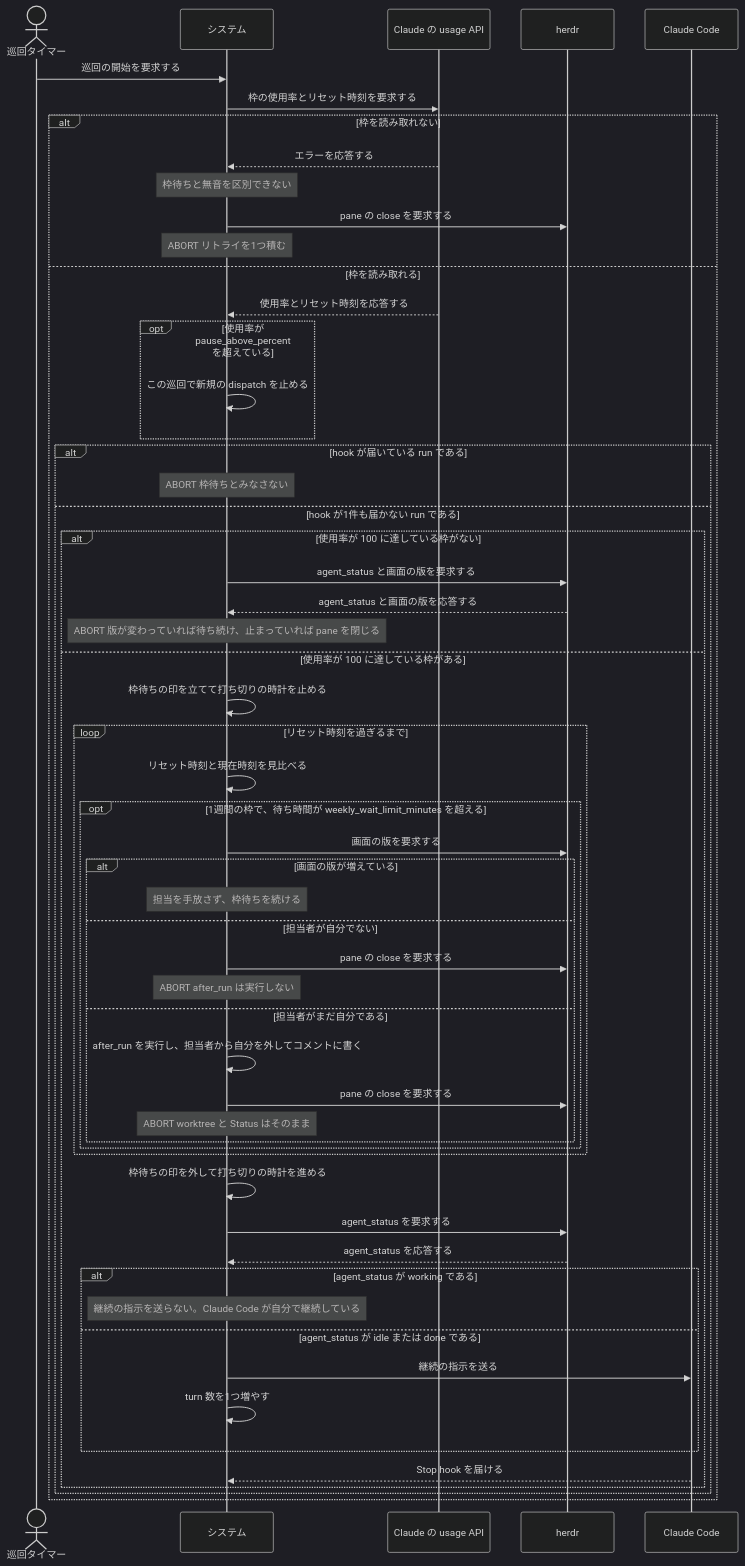
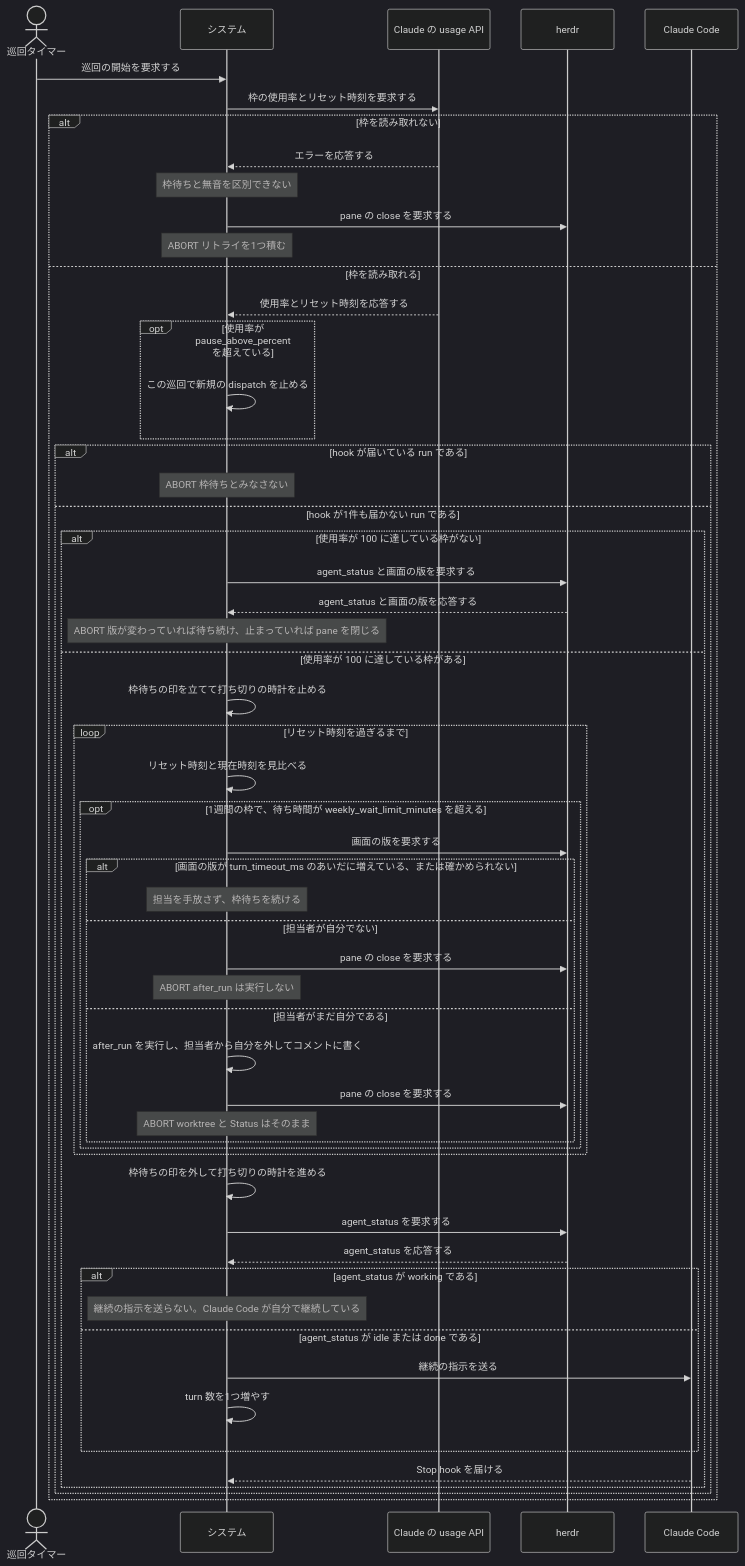
One commit to maimuzo/continuo changed the second of 2 diagrams in docs/spec/usecases/particular_case/レートリミットで待って再開する.rucm.md. Above: the diagram before and after it, drawn with Mermaid (dark theme). The commit also changed other lines of this file and 21 other files, not shown here.

````diff
--- a/docs/spec/usecases/particular_case/レートリミットで待って再開する.rucm.md
+++ b/docs/spec/usecases/particular_case/レートリミットで待って再開する.rucm.md
@@ -222,59 +236,59 @@
 ```mermaid
 sequenceDiagram
     actor T as 巡回タイマー
     participant S as システム
     participant API as Claude の usage API
     participant H as herdr
     participant CC as Claude Code
 
     T->>S: 巡回の開始を要求する
     S->>API: 枠の使用率とリセット時刻を要求する
     alt 枠を読み取れない
         API-->>S: エラーを応答する
         Note over S: 枠待ちと無音を区別できない
         S->>H: pane の close を要求する
         Note over S: ABORT リトライを1つ積む
     else 枠を読み取れる
         API-->>S: 使用率とリセット時刻を応答する
         opt 使用率が pause_above_percent を超えている
             S->>S: この巡回で新規の dispatch を止める
         end
         alt hook が届いている run である
             Note over S: ABORT 枠待ちとみなさない
         else hook が1件も届かない run である
             alt 使用率が 100 に達している枠がない
                 S->>H: agent_status と画面の版を要求する
                 H-->>S: agent_status と画面の版を応答する
                 Note over S: ABORT 版が変わっていれば待ち続け、止まっていれば pane を閉じる
             else 使用率が 100 に達している枠がある
                 S->>S: 枠待ちの印を立てて打ち切りの時計を止める
                 loop リセット時刻を過ぎるまで
                     S->>S: リセット時刻と現在時刻を見比べる
                     opt 1週間の枠で、待ち時間が weekly_wait_limit_minutes を超える
                         S->>H: 画面の版を要求する
-                        alt 画面の版が増えている
+                        alt 画面の版が turn_timeout_ms のあいだに増えている、または確かめられない
                             Note over S: 担当を手放さず、枠待ちを続ける
                         else 担当者が自分でない
                             S->>H: pane の close を要求する
                             Note over S: ABORT after_run は実行しない
                         else 担当者がまだ自分である
                             S->>S: after_run を実行し、担当者から自分を外してコメントに書く
                             S->>H: pane の close を要求する
                             Note over S: ABORT worktree と Status はそのまま
                         end
                     end
                 end
                 S->>S: 枠待ちの印を外して打ち切りの時計を進める
                 S->>H: agent_status を要求する
                 H-->>S: agent_status を応答する
                 alt agent_status が working である
                     Note over S: 継続の指示を送らない。Claude Code が自分で継続している
                 else agent_status が idle または done である
                     S->>CC: 継続の指示を送る
                     S->>S: turn 数を1つ増やす
                 end
                 CC-->>S: Stop hook を届ける
             end
         end
     end
 ```
````
